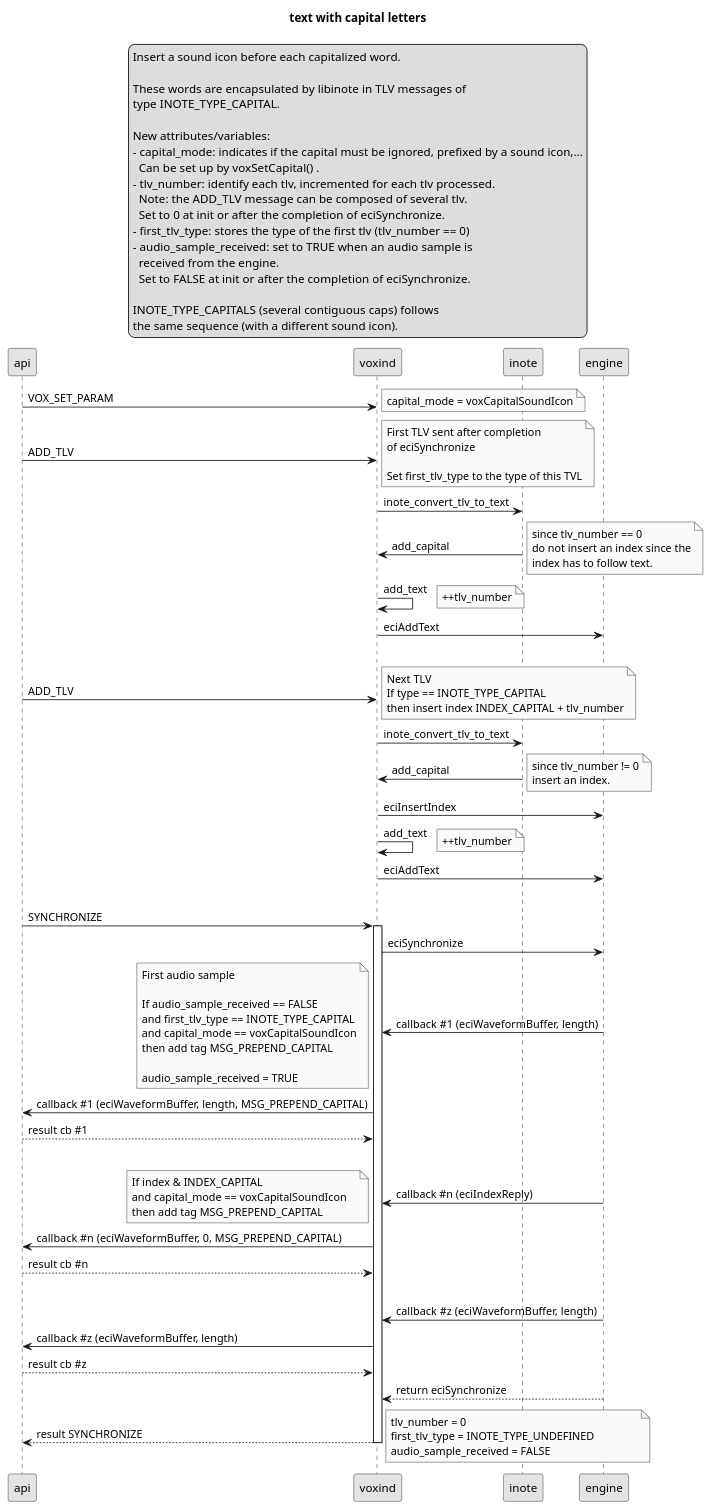
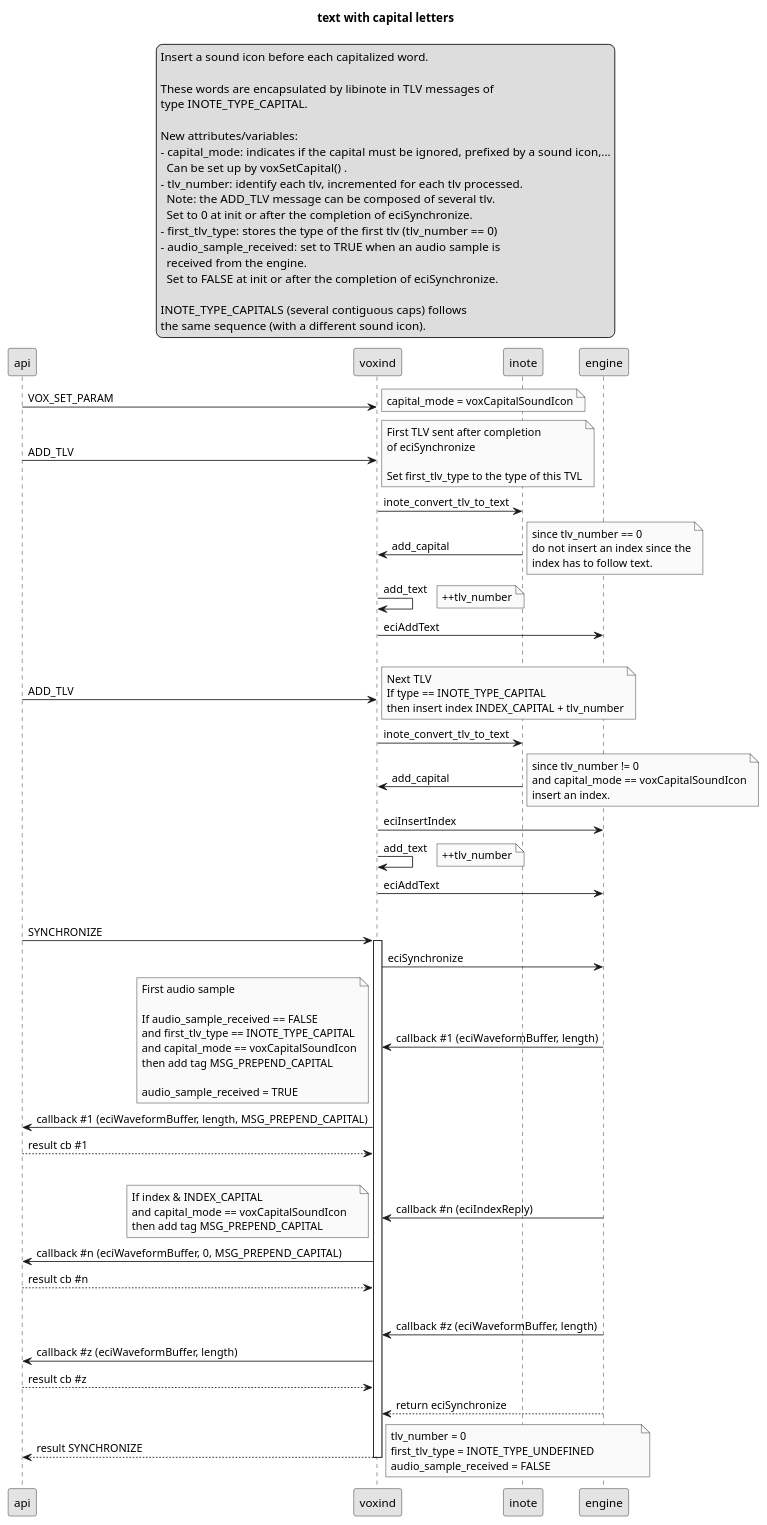
One commit to Oralux/libvoxin changed the diagram in doc/capital_letter.puml. Above: the diagram before and after it, drawn with PlantUML. The commit also changed 1 other file, not shown here.

Commit message:
fix capital mode

```diff
--- a/doc/capital_letter.puml
+++ b/doc/capital_letter.puml
@@ -1,105 +1,106 @@
 @startuml
 title text with capital letters
 skinparam monochrome true
 legend top
 	Insert a sound icon before each capitalized word.
 
 	These words are encapsulated by libinote in TLV messages of
 	type INOTE_TYPE_CAPITAL.
 	
 	New attributes/variables:
 	- capital_mode: indicates if the capital must be ignored, prefixed by a sound icon,...
 	  Can be set up by voxSetCapital() .
 	- tlv_number: identify each tlv, incremented for each tlv processed.
 	  Note: the ADD_TLV message can be composed of several tlv.
 	  Set to 0 at init or after the completion of eciSynchronize.
 	- first_tlv_type: stores the type of the first tlv (tlv_number == 0)
 	- audio_sample_received: set to TRUE when an audio sample is
 	  received from the engine.
 	  Set to FALSE at init or after the completion of eciSynchronize.
 
 	INOTE_TYPE_CAPITALS (several contiguous caps) follows
 	the same sequence (with a different sound icon).
 end legend
 api -> voxind : VOX_SET_PARAM
 note right
 	capital_mode = voxCapitalSoundIcon
 end note
 api -> voxind : ADD_TLV
 note right
 	First TLV sent after completion
 	of eciSynchronize
 			
 	Set first_tlv_type to the type of this TVL
 end note
 voxind -> inote : inote_convert_tlv_to_text
 inote -> voxind : add_capital
 note right
 	since tlv_number == 0
 	do not insert an index since the
 	index has to follow text.
 end note	
 voxind -> voxind : add_text
 note right
 	++tlv_number
 end note	
 voxind -> engine : eciAddText
 |||
 api -> voxind : ADD_TLV
 note right
 	Next TLV
 	If type == INOTE_TYPE_CAPITAL
 	then insert index INDEX_CAPITAL + tlv_number
 end note
 voxind -> inote : inote_convert_tlv_to_text
 inote -> voxind : add_capital
 note right
 	since tlv_number != 0
+	and capital_mode == voxCapitalSoundIcon
 	insert an index.
 end note	
 voxind -> engine : eciInsertIndex
 voxind -> voxind : add_text
 note right
 	++tlv_number
 end note	
 voxind -> engine : eciAddText
 |||
 api -> voxind : SYNCHRONIZE
 activate voxind
 voxind -> engine : eciSynchronize
 engine -> voxind : callback #1 (eciWaveformBuffer, length)
 note left
 	First audio sample
 
 	If audio_sample_received == FALSE
 	and first_tlv_type == INOTE_TYPE_CAPITAL
 	and capital_mode == voxCapitalSoundIcon
 	then add tag MSG_PREPEND_CAPITAL
 
 	audio_sample_received = TRUE
 end note
 voxind -> api : callback #1 (eciWaveformBuffer, length, MSG_PREPEND_CAPITAL)
 api --> voxind : result cb #1
 |||
 engine -> voxind: callback #n (eciIndexReply)
 note left
 	If index & INDEX_CAPITAL
 	and capital_mode == voxCapitalSoundIcon	
 	then add tag MSG_PREPEND_CAPITAL
 end note
 voxind -> api : callback #n (eciWaveformBuffer, 0, MSG_PREPEND_CAPITAL)
 api --> voxind : result cb #n
 |||
 engine -> voxind : callback #z (eciWaveformBuffer, length)
 voxind -> api : callback #z (eciWaveformBuffer, length)
 api --> voxind : result cb #z
 
 engine --> voxind : return eciSynchronize
 voxind --> api : result SYNCHRONIZE
 note right
 	tlv_number = 0
 	first_tlv_type = INOTE_TYPE_UNDEFINED		
 	audio_sample_received = FALSE
 end note
 deactivate voxind
 @enduml
```
